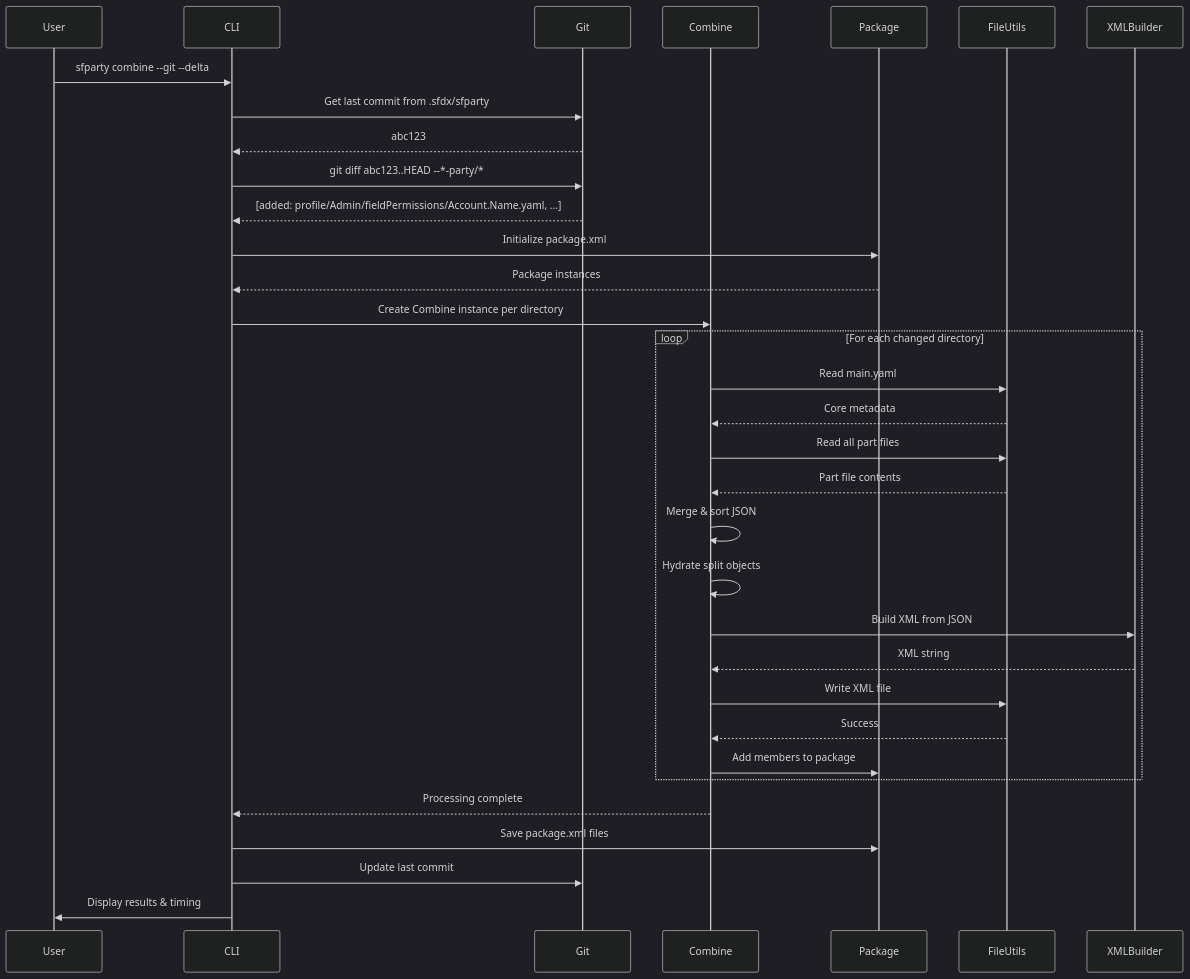
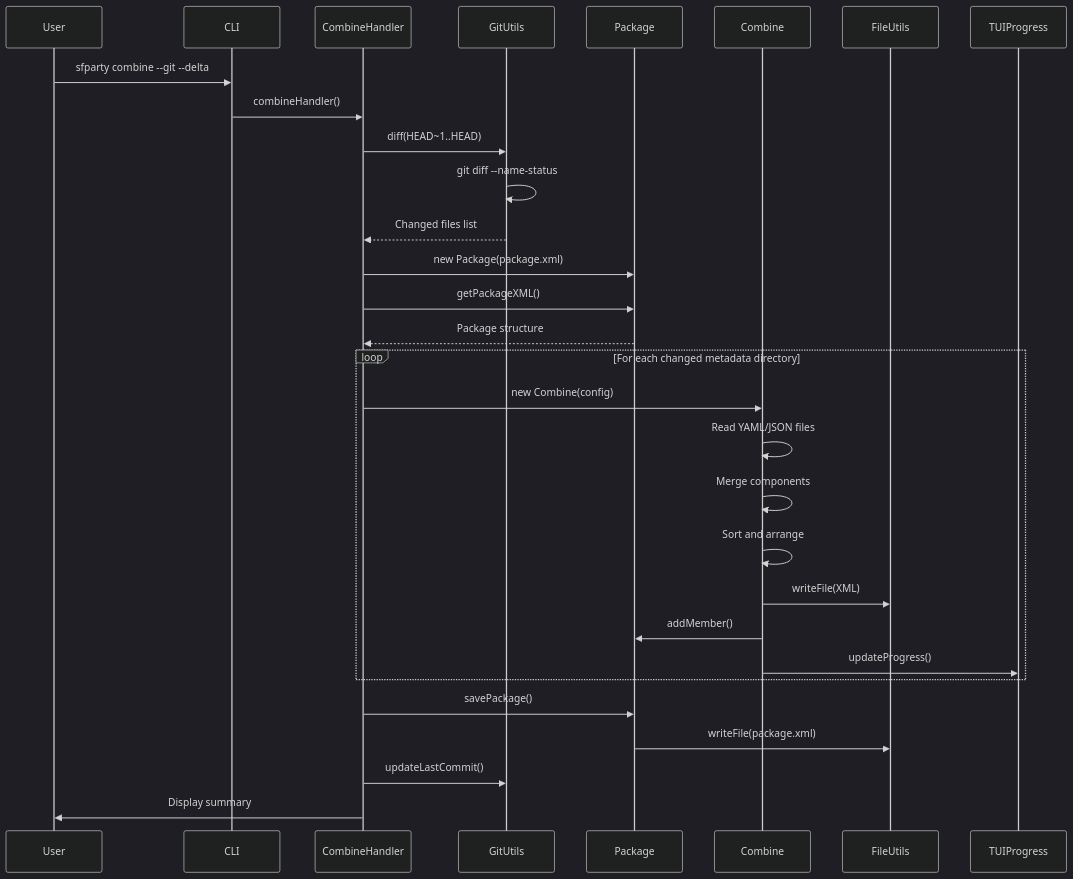
The third of 3 diagrams in llm.md (TimPaulaskasDS/sfparty), drawn with Mermaid (dark theme) before and after one commit. The commit also changed other lines of this file, not shown here.

First line of the commit message:
docs: rewrite AGENTS.md following GitHub best practices

````diff
--- a/llm.md
+++ b/llm.md
@@ -497,39 +384,35 @@
 ```mermaid
 sequenceDiagram
     participant User
     participant CLI
-    participant Git
+    participant CombineHandler
+    participant GitUtils
+    participant Package
     participant Combine
-    participant Package
     participant FileUtils
-    participant XMLBuilder
+    participant TUIProgress
     
     User->>CLI: sfparty combine --git --delta
-    CLI->>Git: Get last commit from .sfdx/sfparty
-    Git-->>CLI: abc123
-    CLI->>Git: git diff abc123..HEAD --*-party/*
-    Git-->>CLI: [added: profile/Admin/fieldPermissions/Account.Name.yaml, ...]
+    CLI->>CombineHandler: combineHandler()
+    CombineHandler->>GitUtils: diff(HEAD~1..HEAD)
+    GitUtils->>GitUtils: git diff --name-status
+    GitUtils-->>CombineHandler: Changed files list
+    CombineHandler->>Package: new Package(package.xml)
+    CombineHandler->>Package: getPackageXML()
+    Package-->>CombineHandler: Package structure
     
-    CLI->>Package: Initialize package.xml
-    Package-->>CLI: Package instances
-    
-    CLI->>Combine: Create Combine instance per directory
-    loop For each changed directory
-        Combine->>FileUtils: Read main.yaml
-        FileUtils-->>Combine: Core metadata
-        Combine->>FileUtils: Read all part files
-        FileUtils-->>Combine: Part file contents
-        Combine->>Combine: Merge & sort JSON
-        Combine->>Combine: Hydrate split objects
-        Combine->>XMLBuilder: Build XML from JSON
-        XMLBuilder-->>Combine: XML string
-        Combine->>FileUtils: Write XML file
-        FileUtils-->>Combine: Success
-        Combine->>Package: Add members to package
+    loop For each changed metadata directory
+        CombineHandler->>Combine: new Combine(config)
+        Combine->>Combine: Read YAML/JSON files
+        Combine->>Combine: Merge components
+        Combine->>Combine: Sort and arrange
+        Combine->>FileUtils: writeFile(XML)
+        Combine->>Package: addMember()
+        Combine->>TUIProgress: updateProgress()
     end
     
-    Combine-->>CLI: Processing complete
-    CLI->>Package: Save package.xml files
-    CLI->>Git: Update last commit
-    CLI->>User: Display results & timing
+    CombineHandler->>Package: savePackage()
+    Package->>FileUtils: writeFile(package.xml)
+    CombineHandler->>GitUtils: updateLastCommit()
+    CombineHandler->>User: Display summary
 ```
````
